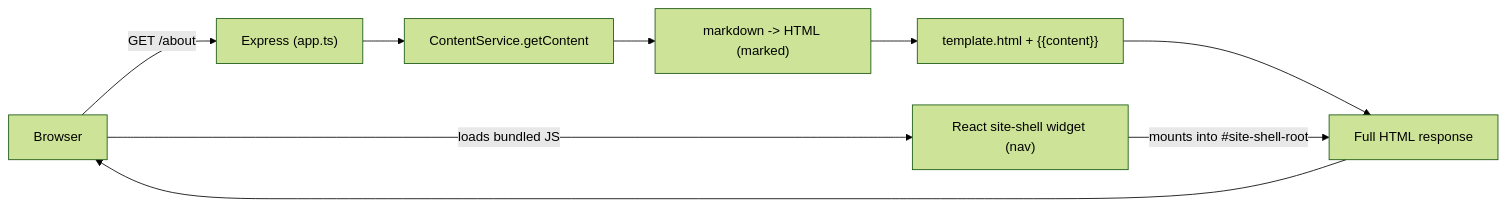
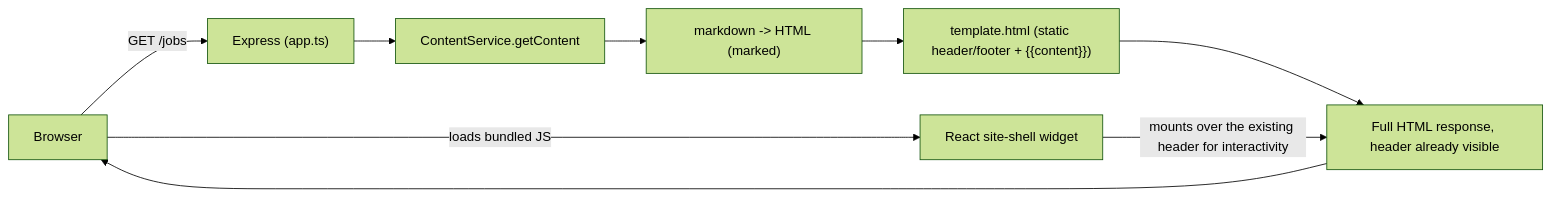
The diagram in README.md (nicohandalian/pensionbee-challenge), drawn with Mermaid (forest theme) before and after one commit. The commit also changed other lines of this file and 31 other files, not shown here.

````diff
--- a/README.md
+++ b/README.md
@@ -22,11 +22,11 @@
 ```mermaid
 flowchart LR
-    Browser -->|"GET /about"| Express["Express (app.ts)"]
+    Browser -->|"GET /jobs"| Express["Express (app.ts)"]
     Express --> ContentService["ContentService.getContent"]
     ContentService --> Markdown["markdown -> HTML (marked)"]
-    Markdown --> Template["template.html + {{content}}"]
-    Template --> Response["Full HTML response"]
+    Markdown --> Template["template.html (static header/footer + {{content}})"]
+    Template --> Response["Full HTML response, header already visible"]
     Response --> Browser
-    Browser -->|"loads bundled JS"| SiteShell["React site-shell widget (nav)"]
-    SiteShell -->|"mounts into #site-shell-root"| Response
+    Browser -->|"loads bundled JS"| SiteShell["React site-shell widget"]
+    SiteShell -->|"mounts over the existing header for interactivity"| Response
 ```
````
